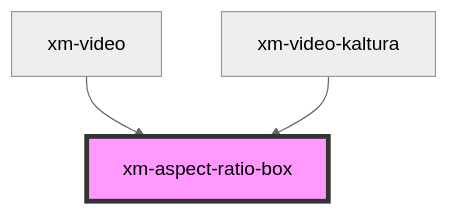
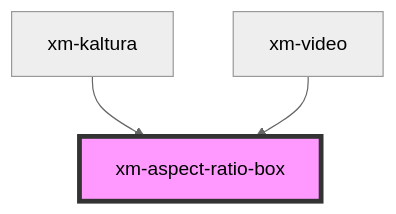
Before and after one commit to openHPI/xikolo-video-player: the diagram in src/components/aspect-ratio-box/readme.md, drawn with Mermaid (neutral theme). The commit also changed other lines of this file and 3 other files, not shown here.

````diff
--- a/src/components/aspect-ratio-box/readme.md
+++ b/src/components/aspect-ratio-box/readme.md
@@ -23,6 +23,6 @@
 ```mermaid
 graph TD;
+  xm-kaltura --> xm-aspect-ratio-box
   xm-video --> xm-aspect-ratio-box
-  xm-video-kaltura --> xm-aspect-ratio-box
   style xm-aspect-ratio-box fill:#f9f,stroke:#333,stroke-width:4px
 ```
````
